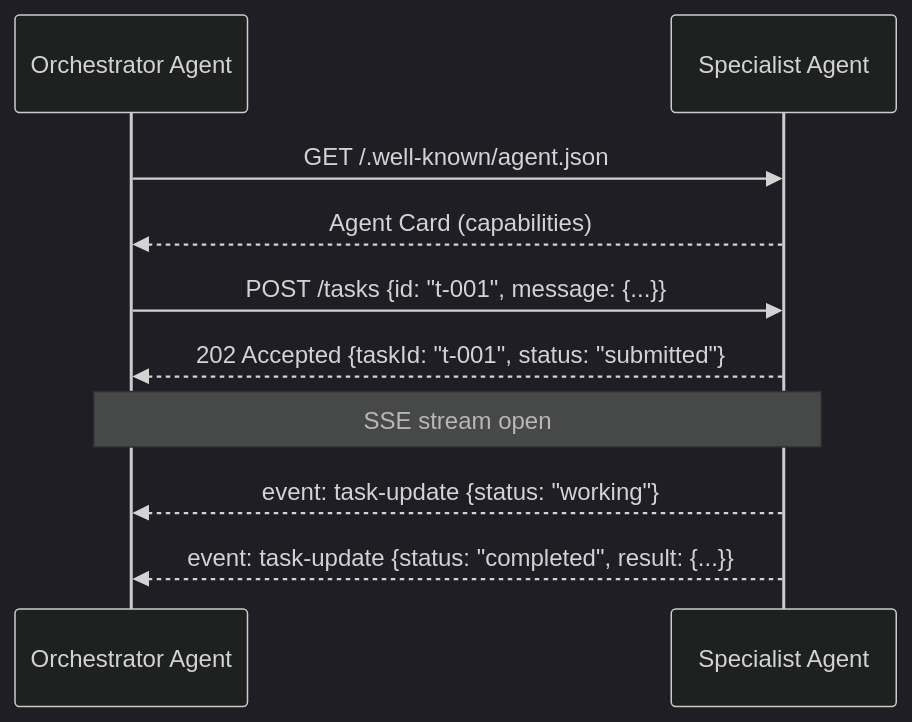
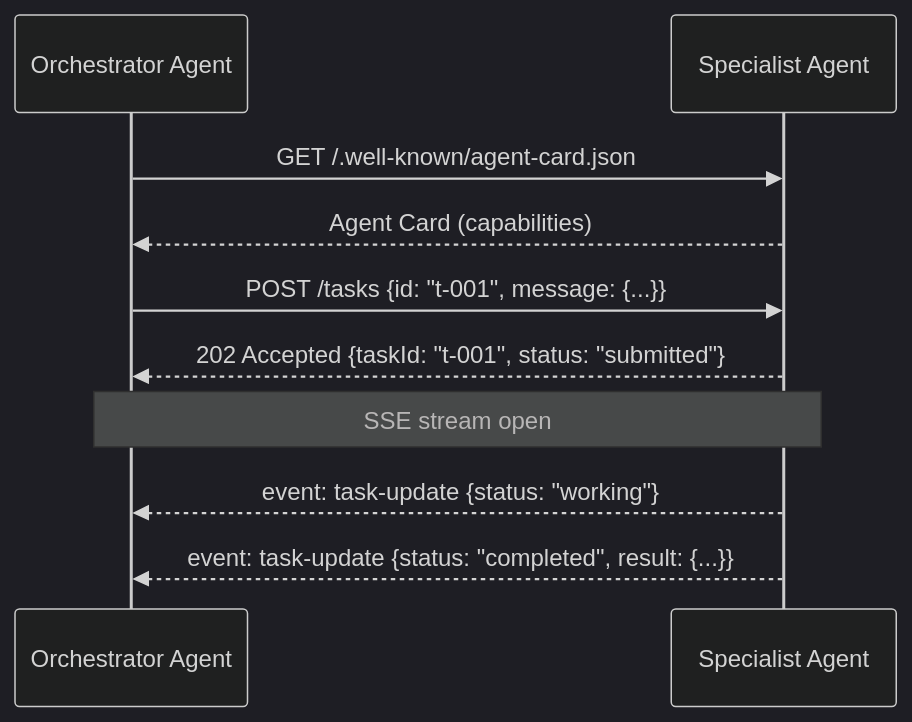
One commit to rppol/system-design changed the first of 7 diagrams in src/main/java/com/rutik/systemdesign/llm/multi_agent_systems/agent_to_agent_protocols.md. Above: the diagram before and after it, drawn with Mermaid. The commit also changed other lines of this file and 113 other files, not shown here.

````diff
--- a/src/main/java/com/rutik/systemdesign/llm/multi_agent_systems/agent_to_agent_protocols.md
+++ b/src/main/java/com/rutik/systemdesign/llm/multi_agent_systems/agent_to_agent_protocols.md
@@ -153,13 +156,13 @@
 ```mermaid
 %%{init: {'theme': 'dark'}}%%
 sequenceDiagram
     participant O as Orchestrator Agent
     participant S as Specialist Agent
-    O->>S: GET /.well-known/agent.json
+    O->>S: GET /.well-known/agent-card.json
     S-->>O: Agent Card (capabilities)
     O->>S: POST /tasks {id: "t-001", message: {...}}
     S-->>O: 202 Accepted {taskId: "t-001", status: "submitted"}
     Note over O,S: SSE stream open
     S-->>O: event: task-update {status: "working"}
     S-->>O: event: task-update {status: "completed", result: {...}}
 ```
````
